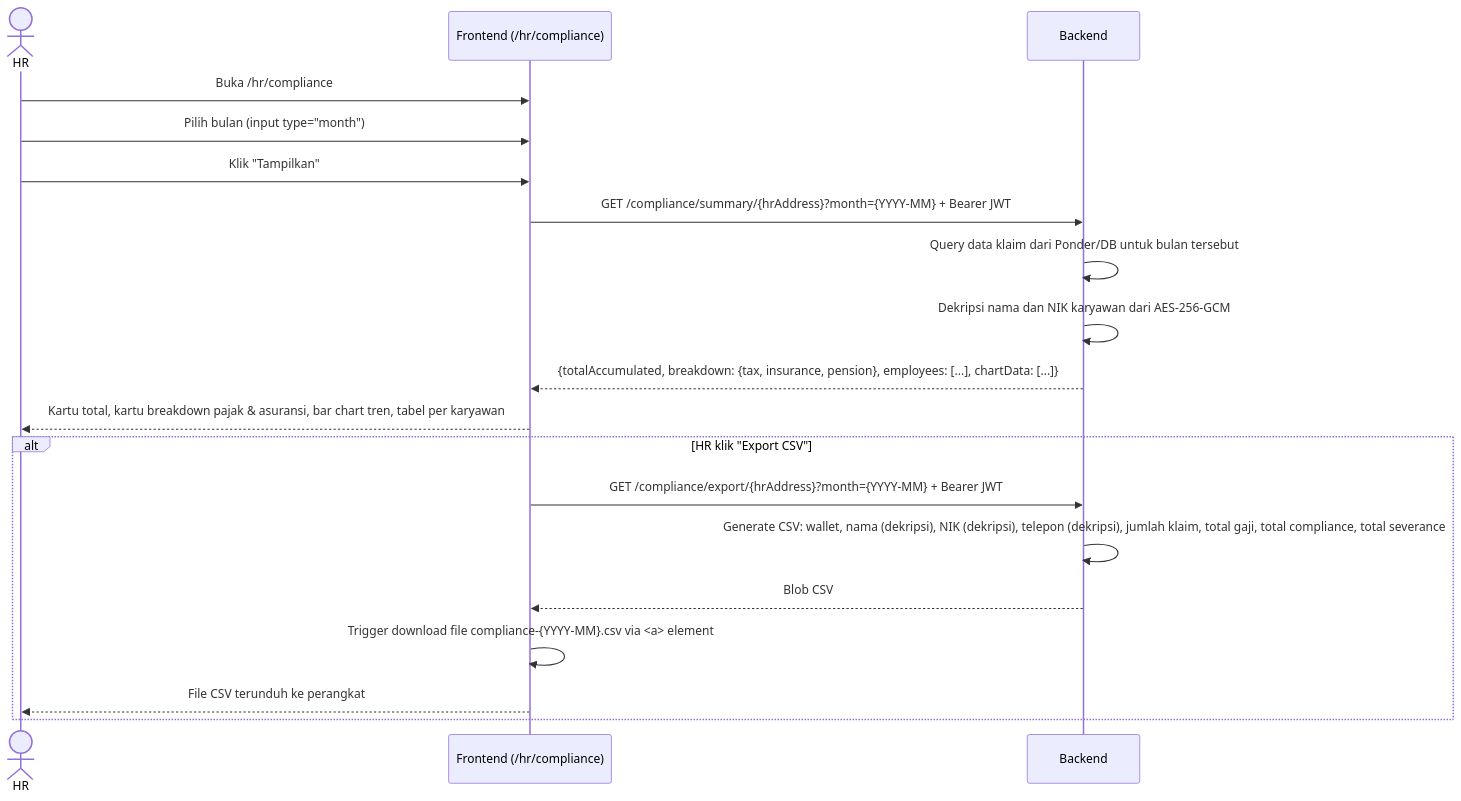
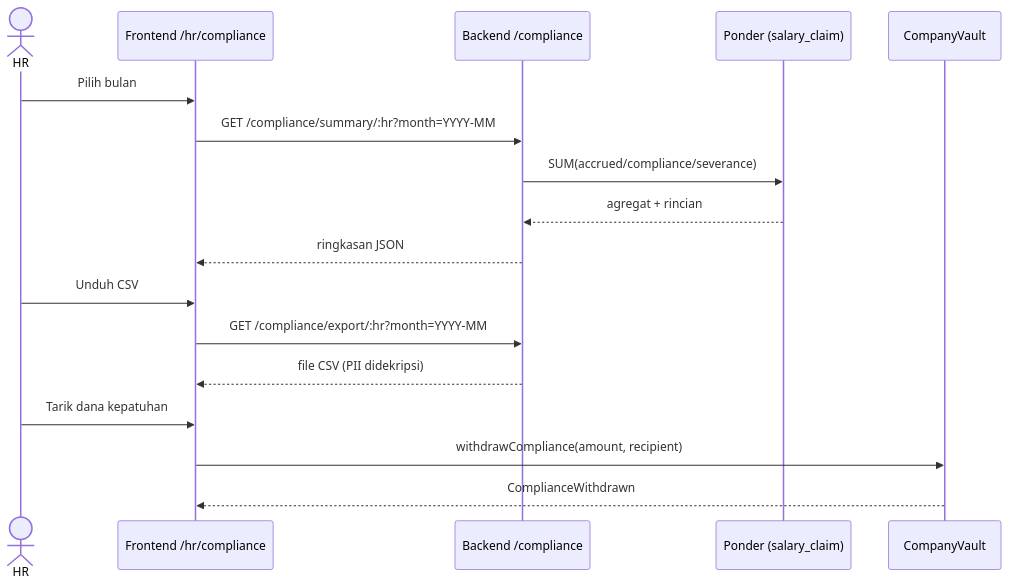
Diagram 12 of 44 in docs/DPPL.md (skripsi-payroll-dapp/docs), drawn with Mermaid before and after one commit. The commit also changed other lines of this file and 4 other files, not shown here.

````diff
--- a/docs/DPPL.md
+++ b/docs/DPPL.md
@@ -830,23 +631,19 @@
 ```mermaid
 sequenceDiagram
     actor HR
-    participant FE as Frontend (/hr/compliance)
-    participant BE as Backend
-
-    HR->>FE: Buka /hr/compliance
-    HR->>FE: Pilih bulan (input type="month")
-    HR->>FE: Klik "Tampilkan"
-    FE->>BE: GET /compliance/summary/{hrAddress}?month={YYYY-MM} + Bearer JWT
-    BE->>BE: Query data klaim dari Ponder/DB untuk bulan tersebut
-    BE->>BE: Dekripsi nama dan NIK karyawan dari AES-256-GCM
-    BE-->>FE: {totalAccumulated, breakdown: {tax, insurance, pension}, employees: [...], chartData: [...]}
-    FE-->>HR: Kartu total, kartu breakdown pajak & asuransi, bar chart tren, tabel per karyawan
-
-    alt HR klik "Export CSV"
-        FE->>BE: GET /compliance/export/{hrAddress}?month={YYYY-MM} + Bearer JWT
-        BE->>BE: Generate CSV: wallet, nama (dekripsi), NIK (dekripsi), telepon (dekripsi), jumlah klaim, total gaji, total compliance, total severance
-        BE-->>FE: Blob CSV
-        FE->>FE: Trigger download file compliance-{YYYY-MM}.csv via <a> element
-        FE-->>HR: File CSV terunduh ke perangkat
-    end
+    participant FE as Frontend /hr/compliance
+    participant BE as Backend /compliance
+    participant PO as Ponder (salary_claim)
+    participant V as CompanyVault
+    HR->>FE: Pilih bulan
+    FE->>BE: GET /compliance/summary/:hr?month=YYYY-MM
+    BE->>PO: SUM(accrued/compliance/severance)
+    PO-->>BE: agregat + rincian
+    BE-->>FE: ringkasan JSON
+    HR->>FE: Unduh CSV
+    FE->>BE: GET /compliance/export/:hr?month=YYYY-MM
+    BE-->>FE: file CSV (PII didekripsi)
+    HR->>FE: Tarik dana kepatuhan
+    FE->>V: withdrawCompliance(amount, recipient)
+    V-->>FE: ComplianceWithdrawn
 ```
````
